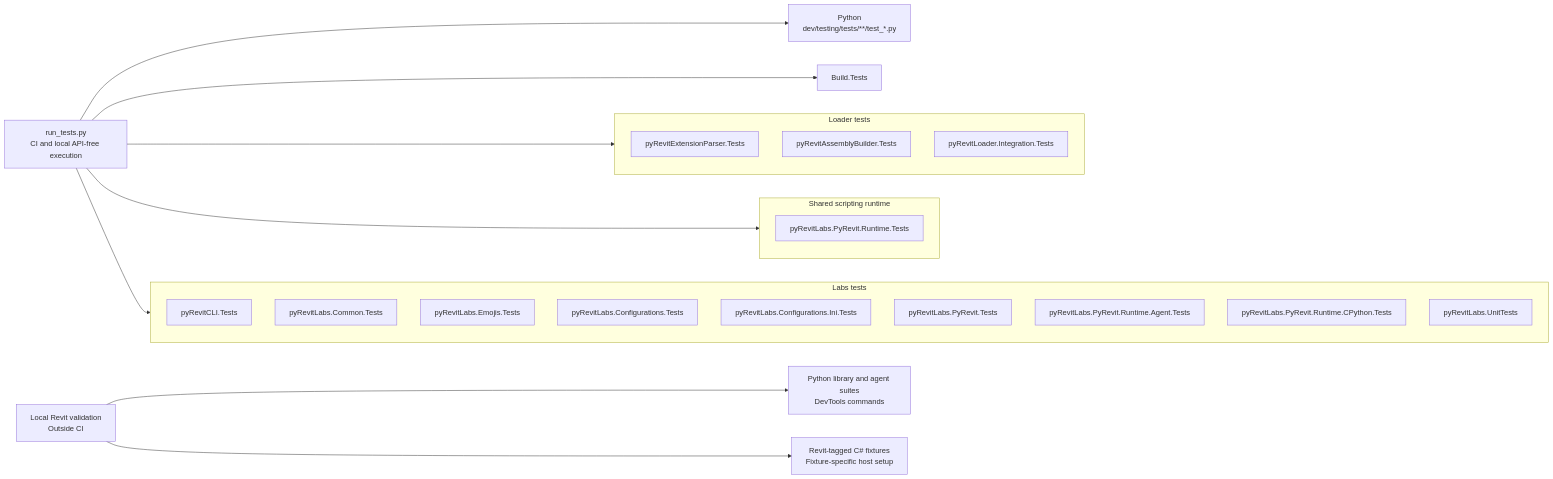
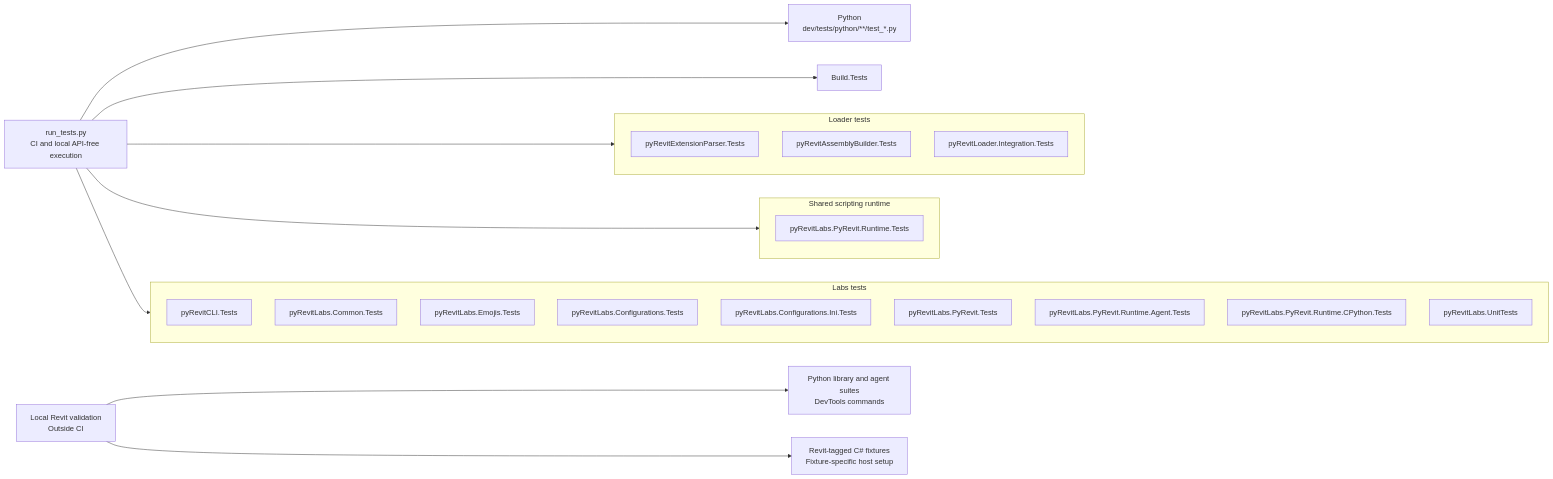
Before and after one commit to pyrevitlabs/pyRevit: the diagram in docs/testing.md, drawn with Mermaid. The commit also changed other lines of this file and 56 other files, not shown here.

Commit message:
refactor(testing): use dev/tests for shared infrastructure

````diff
--- a/docs/testing.md
+++ b/docs/testing.md
@@ -21,33 +21,33 @@
 ```mermaid
 flowchart LR
-    Runner["run_tests.py<br/>CI and local API-free execution"] --> Python["Python<br/>dev/testing/tests/**/test_*.py"]
+    Runner["run_tests.py<br/>CI and local API-free execution"] --> Python["Python<br/>dev/tests/python/**/test_*.py"]
     Runner --> Loader
     Runner --> Runtime
     Runner --> Labs
     Runner --> Build["Build.Tests"]
 
     subgraph Loader["Loader tests"]
         Parser["pyRevitExtensionParser.Tests"]
         Builder["pyRevitAssemblyBuilder.Tests"]
         Integration["pyRevitLoader.Integration.Tests"]
     end
 
     subgraph Runtime["Shared scripting runtime"]
         SharedRuntime["pyRevitLabs.PyRevit.Runtime.Tests"]
     end
 
     subgraph Labs["Labs tests"]
         CLI["pyRevitCLI.Tests"]
         Common["pyRevitLabs.Common.Tests"]
         Emojis["pyRevitLabs.Emojis.Tests"]
         Config["pyRevitLabs.Configurations.Tests"]
         INI["pyRevitLabs.Configurations.Ini.Tests"]
         Facade["pyRevitLabs.PyRevit.Tests"]
         Agent["pyRevitLabs.PyRevit.Runtime.Agent.Tests"]
         CPython["pyRevitLabs.PyRevit.Runtime.CPython.Tests"]
         Legacy["pyRevitLabs.UnitTests"]
     end
 
     Local["Local Revit validation<br/>Outside CI"] --> Hosted["Python library and agent suites<br/>DevTools commands"]
     Local --> Fixtures["Revit-tagged C# fixtures<br/>Fixture-specific host setup"]
 ```
````
